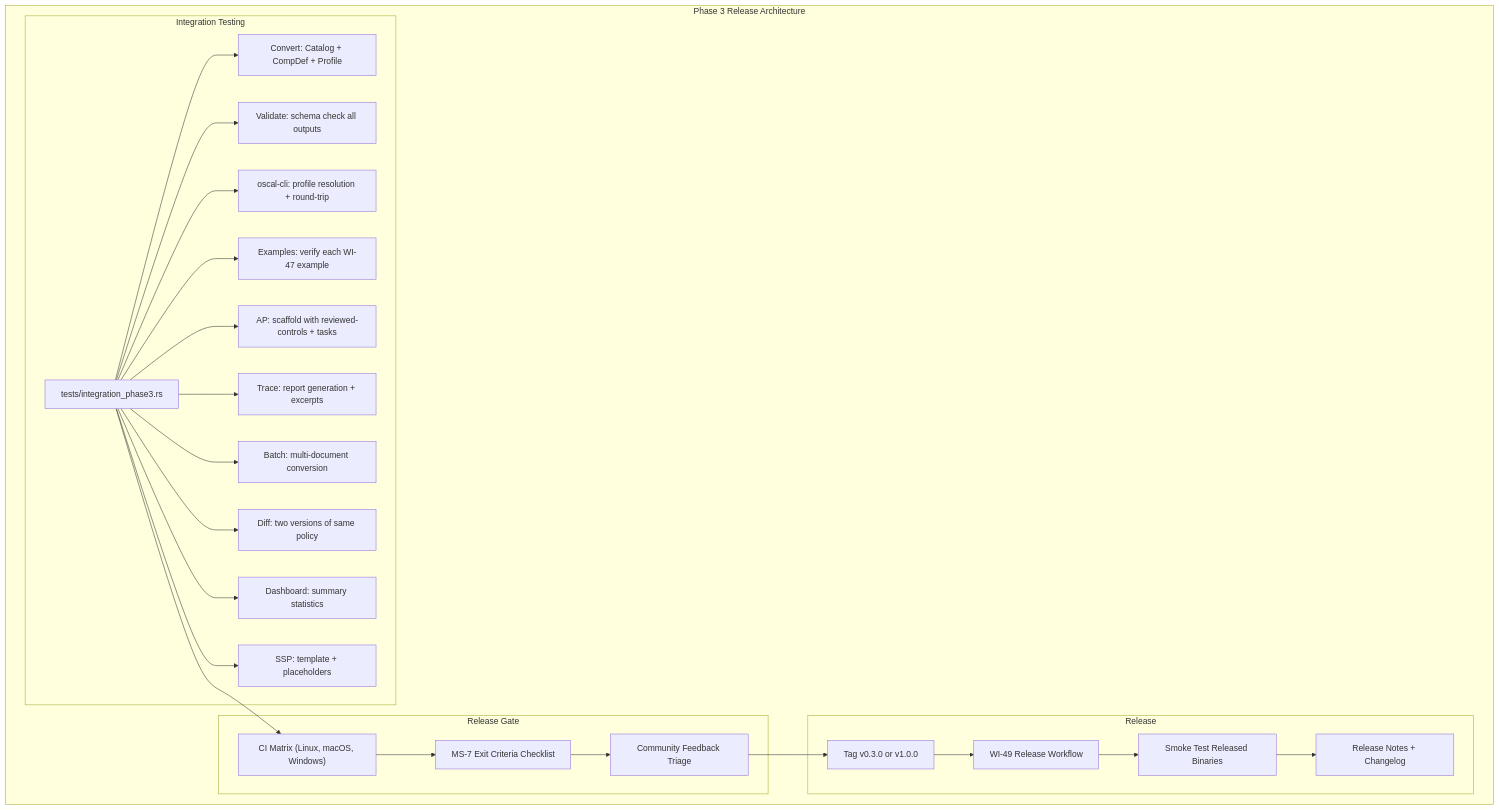
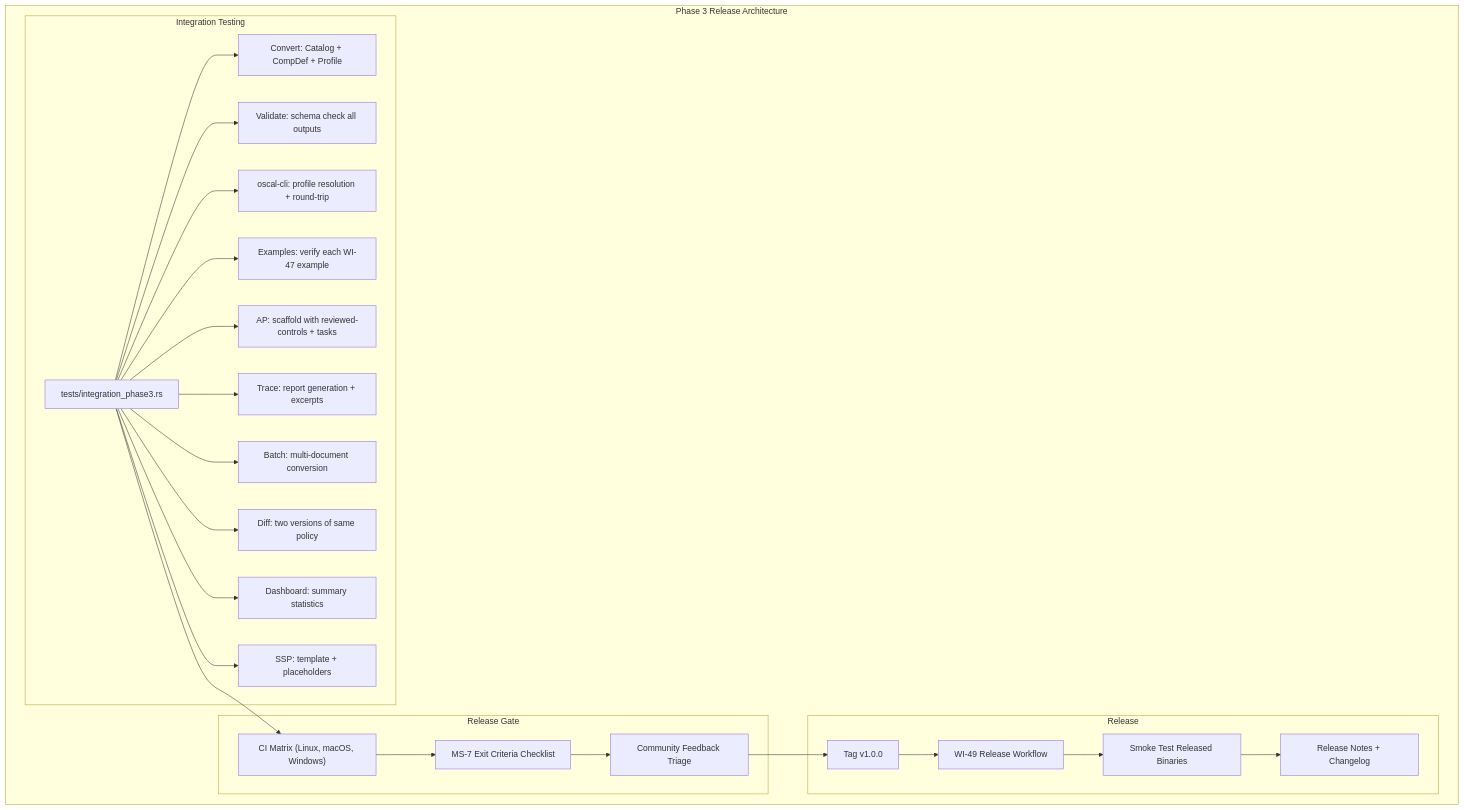
One commit to policy-forge/forge changed the fifth of 7 diagrams in docs/AR/050-ar-phase3-release.md. Above: the diagram before and after it, drawn with Mermaid. The commit also changed other lines of this file and 9 other files, not shown here.

````diff
--- a/docs/AR/050-ar-phase3-release.md
+++ b/docs/AR/050-ar-phase3-release.md
@@ -288,39 +288,39 @@
 ```mermaid
 graph TD
     subgraph "Phase 3 Release Architecture"
         subgraph "Integration Testing"
             IntTest["tests/integration_phase3.rs"]
             IntTest --> ConvertTest["Convert: Catalog + CompDef + Profile"]
             IntTest --> ValidateTest["Validate: schema check all outputs"]
             IntTest --> OscalCliTest["oscal-cli: profile resolution + round-trip"]
             IntTest --> ExamplesTest["Examples: verify each WI-47 example"]
             IntTest --> APTest["AP: scaffold with reviewed-controls + tasks"]
             IntTest --> TraceTest["Trace: report generation + excerpts"]
             IntTest --> BatchTest["Batch: multi-document conversion"]
             IntTest --> DiffTest["Diff: two versions of same policy"]
             IntTest --> DashTest["Dashboard: summary statistics"]
             IntTest --> SSPTest["SSP: template + placeholders"]
         end
 
         subgraph "Release Gate"
             CI["CI Matrix (Linux, macOS, Windows)"]
             MS7Check["MS-7 Exit Criteria Checklist"]
             FeedbackTriage["Community Feedback Triage"]
         end
 
         subgraph "Release"
-            Tag["Tag v0.3.0 or v1.0.0"]
+            Tag["Tag v1.0.0"]
             ReleaseWF["WI-49 Release Workflow"]
             SmokeTest["Smoke Test Released Binaries"]
             Notes["Release Notes + Changelog"]
         end
 
         IntTest --> CI
         CI --> MS7Check
         MS7Check --> FeedbackTriage
         FeedbackTriage --> Tag
         Tag --> ReleaseWF
         ReleaseWF --> SmokeTest
         SmokeTest --> Notes
     end
 ```
````
